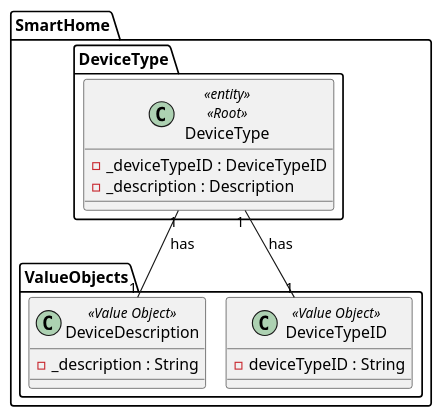
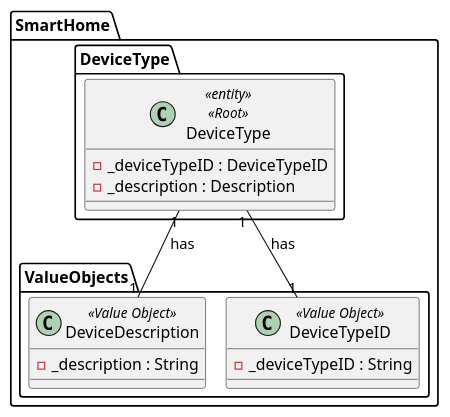
Before and after one commit to olivDiogo/SmartHome: the diagram in docs/agreggateModels/DeviceType.puml, drawn with PlantUML.

Commit message:
Fixed attribute deviceTypeID denomination, closes #72

```diff
--- a/docs/agreggateModels/DeviceType.puml
+++ b/docs/agreggateModels/DeviceType.puml
@@ -1,22 +1,22 @@
 @startuml
 !pragma layout smetana
 
 package SmartHome.DeviceType {
 class DeviceType<<entity>><<Root>> {
     - _deviceTypeID : DeviceTypeID
     - _description : Description
 }
 
 package SmartHome.ValueObjects {
 class DeviceDescription<<Value Object>> {
     - _description : String
 }
 class DeviceTypeID<<Value Object>> {
-    - deviceTypeID : String
+    - _deviceTypeID : String
 }
 }
 
 SmartHome.DeviceType.DeviceType "1" -- "1" DeviceDescription : has
 SmartHome.DeviceType.DeviceType "1" -- "1" DeviceTypeID : has
 
 @enduml
```
